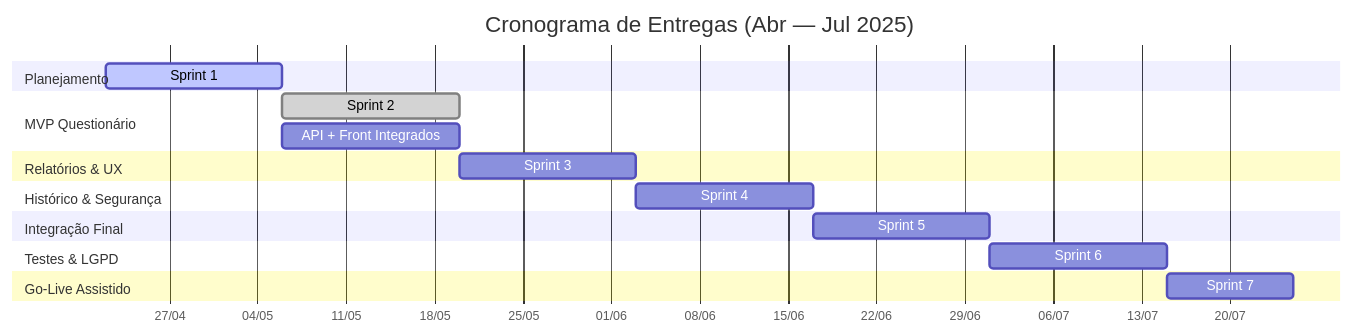
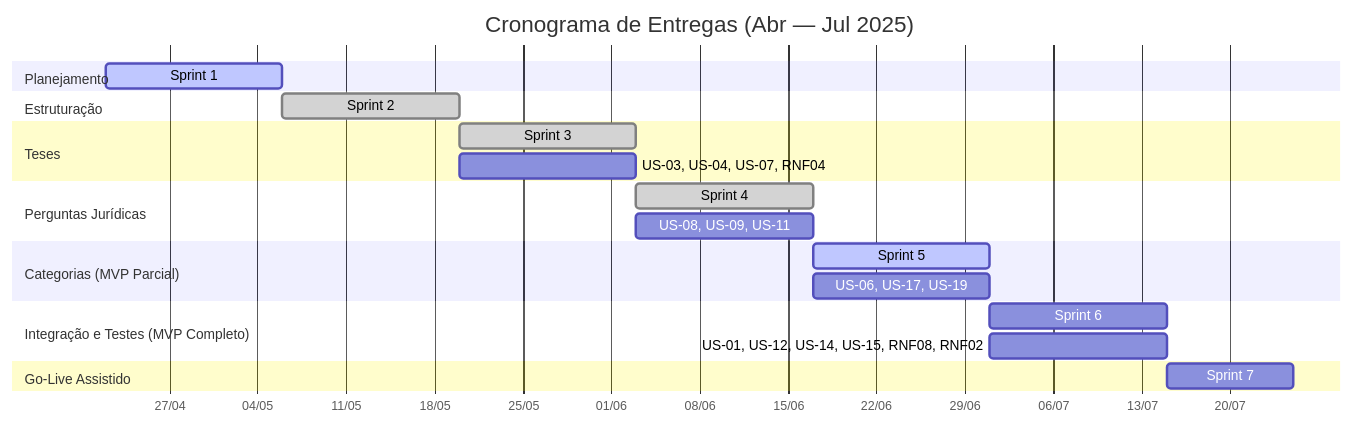
The diagram in docs/visao-produto/cronograma-entrega.md (mdsreq-fga-unb/2025.1-T02-ConsultTributario), drawn with Mermaid before and after one commit. The commit also changed other lines of this file, not shown here.

Commit message:
docs: update of gantt

````diff
--- a/docs/visao-produto/cronograma-entrega.md
+++ b/docs/visao-produto/cronograma-entrega.md
@@ -17,29 +17,31 @@
 ```mermaid
-%% Cronograma ConsultTributario
 gantt
-    title Cronograma de Entregas (Abr — Jul 2025)
+    title Cronograma de Entregas (Abr — Jul 2025)
     dateFormat  DD/MM
     axisFormat  %d/%m
 
     section Planejamento
-    Sprint 1 :active, 22/04, 14d
+    Sprint 1:active, 22/04, 14d
 
-    section MVP Questionário
-    Sprint 2 :done, 06/05, 14d
-    API + Front Integrados :06/05, 14d
+    section Estruturação
+    Sprint 2:done, 06/05, 14d
 
-    section Relatórios & UX
-    Sprint 3 :20/05, 14d
+    section Teses
+    Sprint 3:done, 20/05, 14d
+    US-03, US-04, US-07, RNF04: 20/05, 14d
 
-    section Histórico & Segurança
-    Sprint 4 :03/06, 14d
+    section Perguntas Jurídicas
+    Sprint 4:done, 03/06, 14d
+    US-08, US-09, US-11: 03/06, 14d
 
-    section Integração Final
-    Sprint 5 :17/06, 14d
+    section Categorias (MVP Parcial)
+    Sprint 5:active, 17/06, 14d
+    US-06, US-17, US-19: 17/06, 14d
 
-    section Testes & LGPD
-    Sprint 6 :01/07, 14d
+    section Integração e Testes (MVP Completo)
+    Sprint 6: 01/07, 14d
+    US-01, US-12, US-14, US-15, RNF08, RNF02: 01/07, 14d
 
-    section Go‑Live Assistido
-    Sprint 7 :15/07, 10d
+    section Go-Live Assistido
+    Sprint 7: 15/07, 10d
 ```
````
